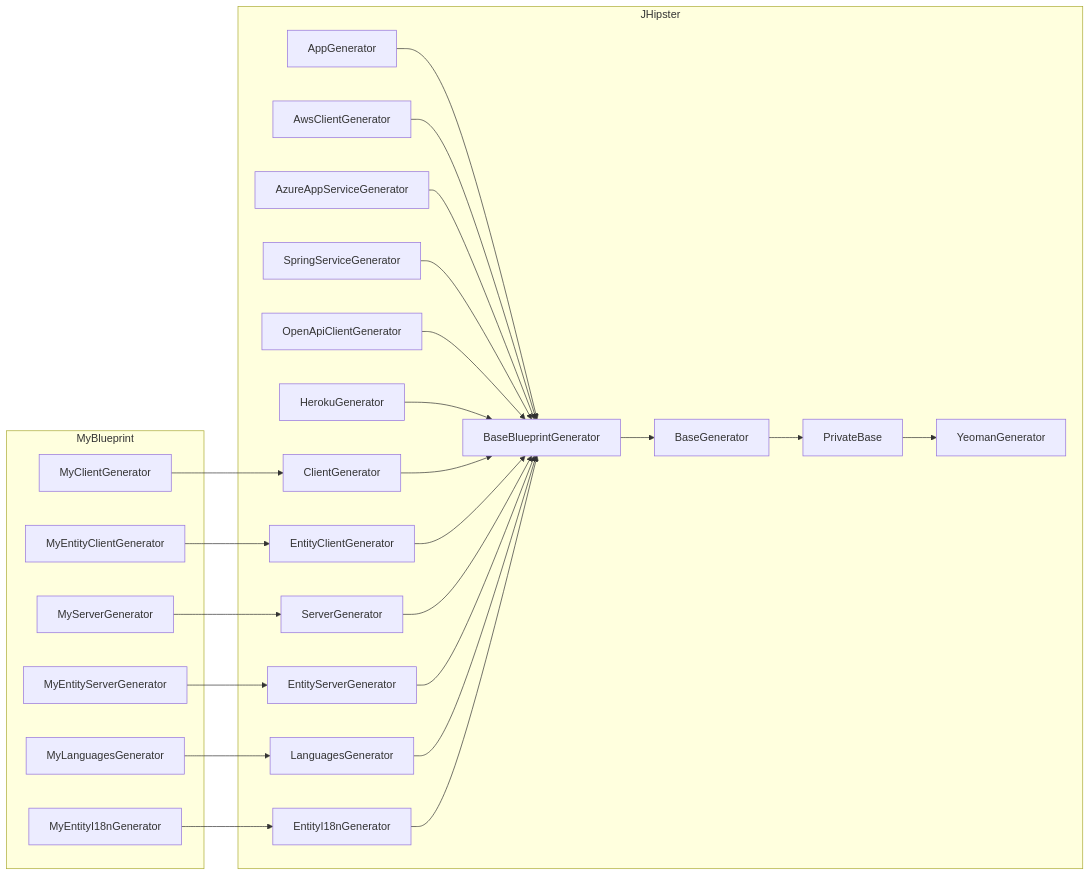
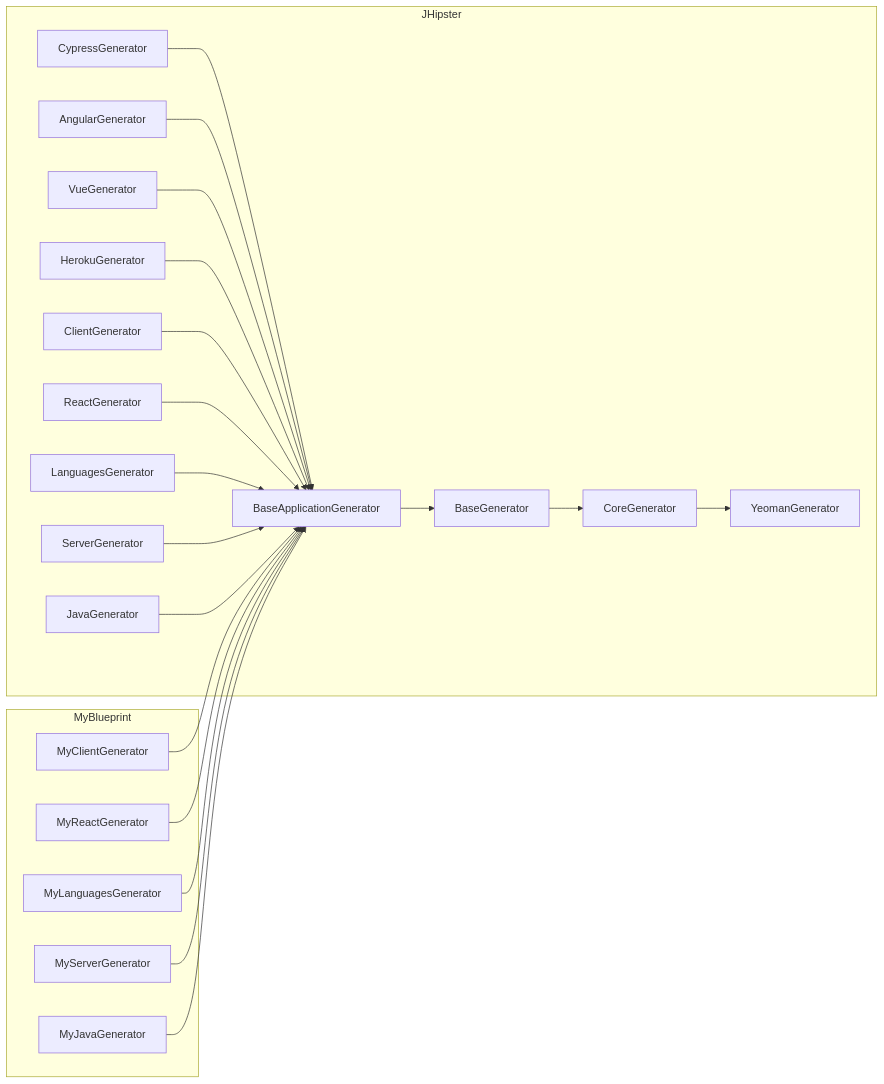
The first of 2 diagrams in content.vi/docs/blueprint/v8/bp-dev-prepare.md (bonniss/blueguy), drawn with Mermaid before and after one commit. The commit also changed other lines of this file and 13 other files, not shown here.

```diff
--- a/content.vi/docs/blueprint/v8/bp-dev-prepare.md
+++ b/content.vi/docs/blueprint/v8/bp-dev-prepare.md
@@ -23,31 +29,27 @@
 {{< mermaid class="text-center" >}}
 flowchart LR
   subgraph JHipster
-    PrivateBase --> YeomanGenerator
-    BaseGenerator --> PrivateBase
-    BaseBlueprintGenerator --> BaseGenerator
+    CoreGenerator --> YeomanGenerator
+    BaseGenerator --> CoreGenerator
+    BaseApplicationGenerator --> BaseGenerator
 
-    AppGenerator --> BaseBlueprintGenerator
-    AwsClientGenerator --> BaseBlueprintGenerator
-    AzureAppServiceGenerator --> BaseBlueprintGenerator
-    SpringServiceGenerator --> BaseBlueprintGenerator
-    OpenApiClientGenerator --> BaseBlueprintGenerator
-    HerokuGenerator --> BaseBlueprintGenerator
+    CypressGenerator --> BaseApplicationGenerator
+    AngularGenerator --> BaseApplicationGenerator
+    VueGenerator --> BaseApplicationGenerator
+    HerokuGenerator --> BaseApplicationGenerator
 
-    ClientGenerator --> BaseBlueprintGenerator
-    EntityClientGenerator --> BaseBlueprintGenerator
-    ServerGenerator --> BaseBlueprintGenerator
-    EntityServerGenerator --> BaseBlueprintGenerator
-    LanguagesGenerator --> BaseBlueprintGenerator
-    EntityI18nGenerator --> BaseBlueprintGenerator
+    ClientGenerator --> BaseApplicationGenerator
+    ReactGenerator --> BaseApplicationGenerator
+    LanguagesGenerator --> BaseApplicationGenerator
+    ServerGenerator --> BaseApplicationGenerator
+    JavaGenerator --> BaseApplicationGenerator
   end
 
   subgraph MyBlueprint
-    MyClientGenerator --> ClientGenerator
-    MyEntityClientGenerator --> EntityClientGenerator
-    MyServerGenerator --> ServerGenerator
-    MyEntityServerGenerator --> EntityServerGenerator
-    MyLanguagesGenerator --> LanguagesGenerator
-    MyEntityI18nGenerator --> EntityI18nGenerator
+    MyClientGenerator --> BaseApplicationGenerator
+    MyReactGenerator --> BaseApplicationGenerator
+    MyLanguagesGenerator --> BaseApplicationGenerator
+    MyServerGenerator --> BaseApplicationGenerator
+    MyJavaGenerator --> BaseApplicationGenerator
   end
 {{< /mermaid >}}
```
